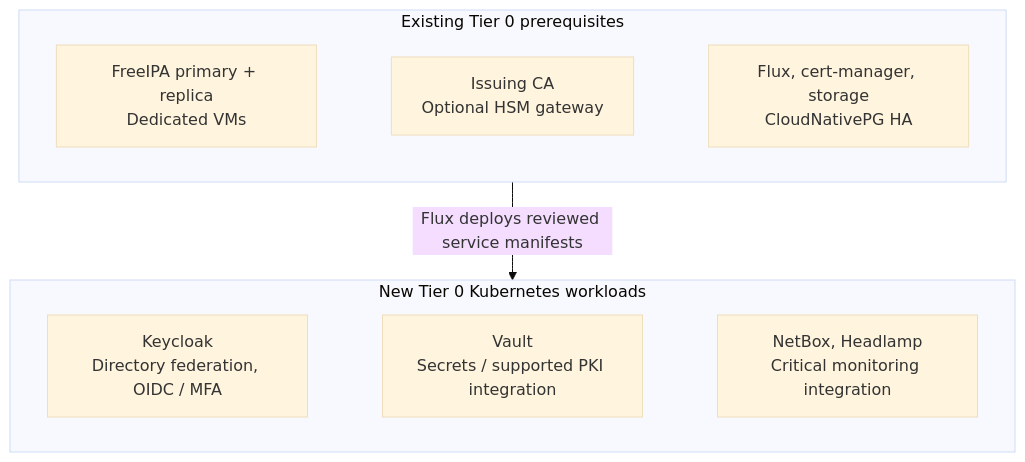
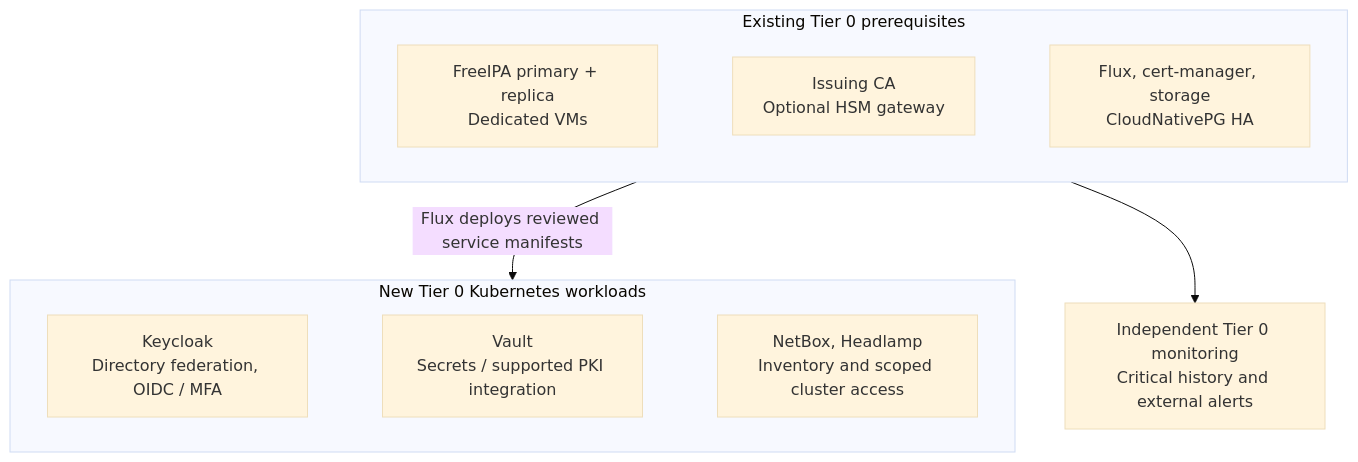
The diagram in docs/deployment/stage-4-control-services/README.md (Rexus/homelab), drawn with Mermaid (base theme) before and after one commit. The commit also changed other lines of this file and 85 other files, not shown here.

````diff
--- a/docs/deployment/stage-4-control-services/README.md
+++ b/docs/deployment/stage-4-control-services/README.md
@@ -20,18 +21,19 @@
 ```mermaid
 flowchart TB
   subgraph Existing["Existing Tier 0 prerequisites"]
     direction LR
     Directory["FreeIPA primary + replica<br/>Dedicated VMs"]
     Issuer["Issuing CA<br/>Optional HSM gateway"]
     Base["Flux, cert-manager, storage<br/>CloudNativePG HA"]
     Directory ~~~ Issuer ~~~ Base
   end
   subgraph Added["New Tier 0 Kubernetes workloads"]
     direction LR
     Keycloak["Keycloak<br/>Directory federation, OIDC / MFA"]
     Vault["Vault<br/>Secrets / supported PKI integration"]
-    Ops["NetBox, Headlamp<br/>Critical monitoring integration"]
+    Ops["NetBox, Headlamp<br/>Inventory and scoped cluster access"]
     Keycloak ~~~ Vault ~~~ Ops
   end
   Existing -->|Flux deploys reviewed service manifests| Added
+  Existing --> Monitoring["Independent Tier 0 monitoring<br/>Critical history and external alerts"]
 ```
````
